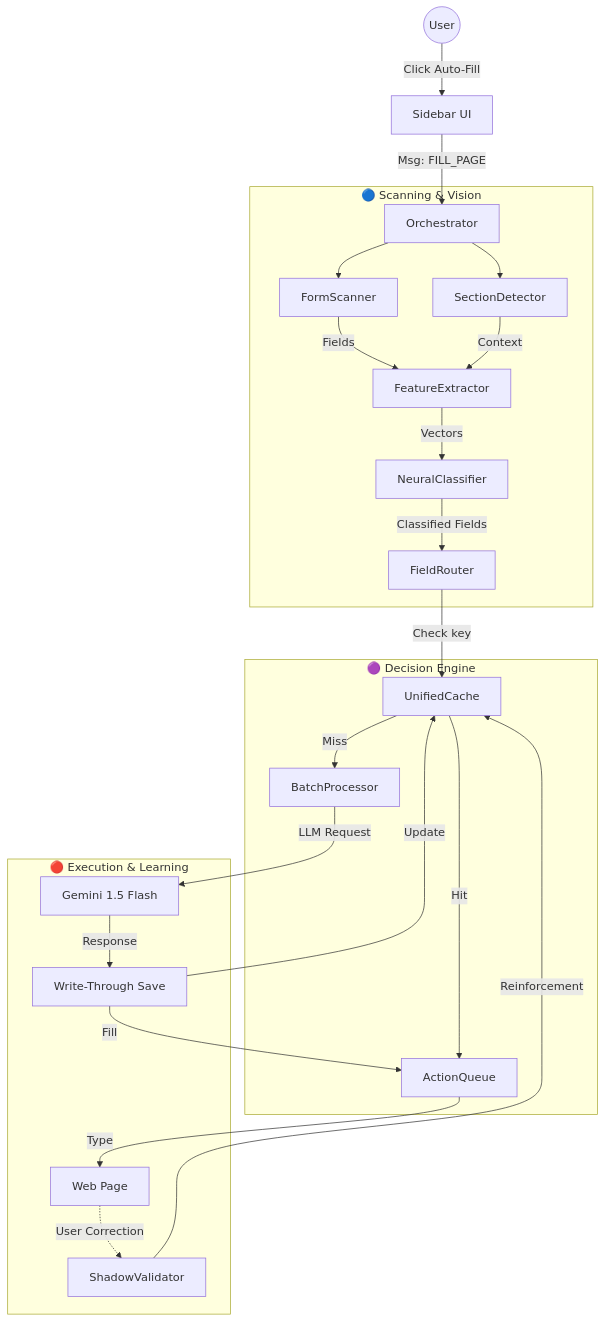
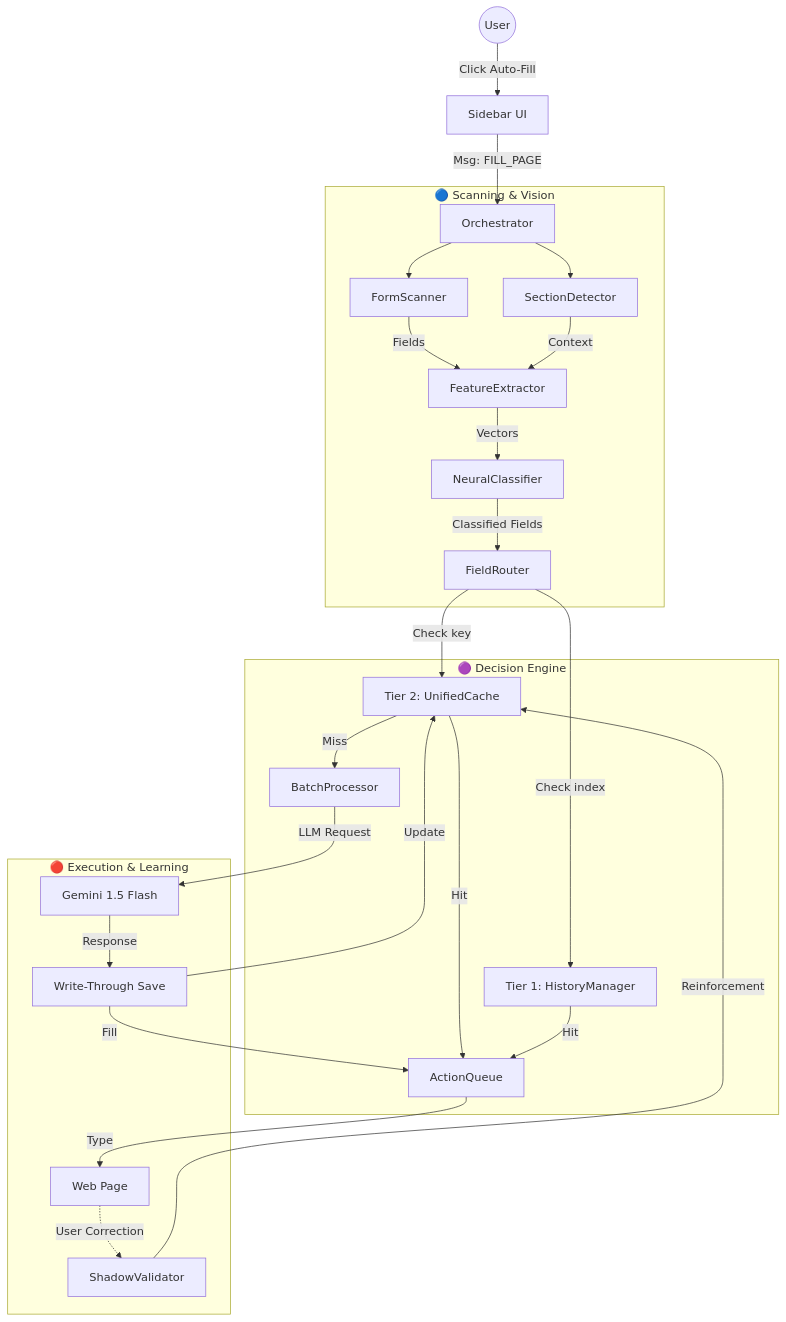
Before and after one commit to SmartHireX/smart-ai-job-apply: the diagram in ARCHITECTURE.md, drawn with Mermaid. The commit also changed other lines of this file and 1 other file, not shown here.

````diff
--- a/ARCHITECTURE.md
+++ b/ARCHITECTURE.md
@@ -15,31 +31,33 @@
 ```mermaid
 graph TD
     User((User)) -->|Click Auto-Fill| Sidebar[Sidebar UI]
     Sidebar -->|Msg: FILL_PAGE| Orch[Orchestrator]
     
     subgraph Scanning ["🔵 Scanning & Vision"]
         Orch --> Scanner[FormScanner]
         Orch --> Sections[SectionDetector]
         Scanner -->|Fields| Feat[FeatureExtractor]
         Sections -->|Context| Feat
         Feat -->|Vectors| Neural[NeuralClassifier]
         Neural -->|Classified Fields| Router[FieldRouter]
     end
 
     subgraph Decision ["🟣 Decision Engine"]
-        Router -->|Check key| Cache[UnifiedCache]
-        Cache -->|Hit| Queue[ActionQueue]
-        Cache -->|Miss| Batch[BatchProcessor]
+        Router -->|Check key| Tier2[Tier 2: UnifiedCache]
+        Router -->|Check index| Tier1[Tier 1: HistoryManager]
+        Tier2 -->|Hit| Queue[ActionQueue]
+        Tier1 -->|Hit| Queue
+        Tier2 -->|Miss| Batch[BatchProcessor]
     end
 
     subgraph Execution ["🔴 Execution & Learning"]
         Batch -->|LLM Request| Gemini[Gemini 1.5 Flash]
         Gemini -->|Response| Save[Write-Through Save]
-        Save -->|Update| Cache
+        Save -->|Update| Tier2
         Save -->|Fill| Queue
         Queue -->|Type| DOM[Web Page]
         
         DOM -.->|User Correction| Shadow[ShadowValidator]
-        Shadow -->|Reinforcement| Cache
+        Shadow -->|Reinforcement| Tier2
     end
 ```
````
